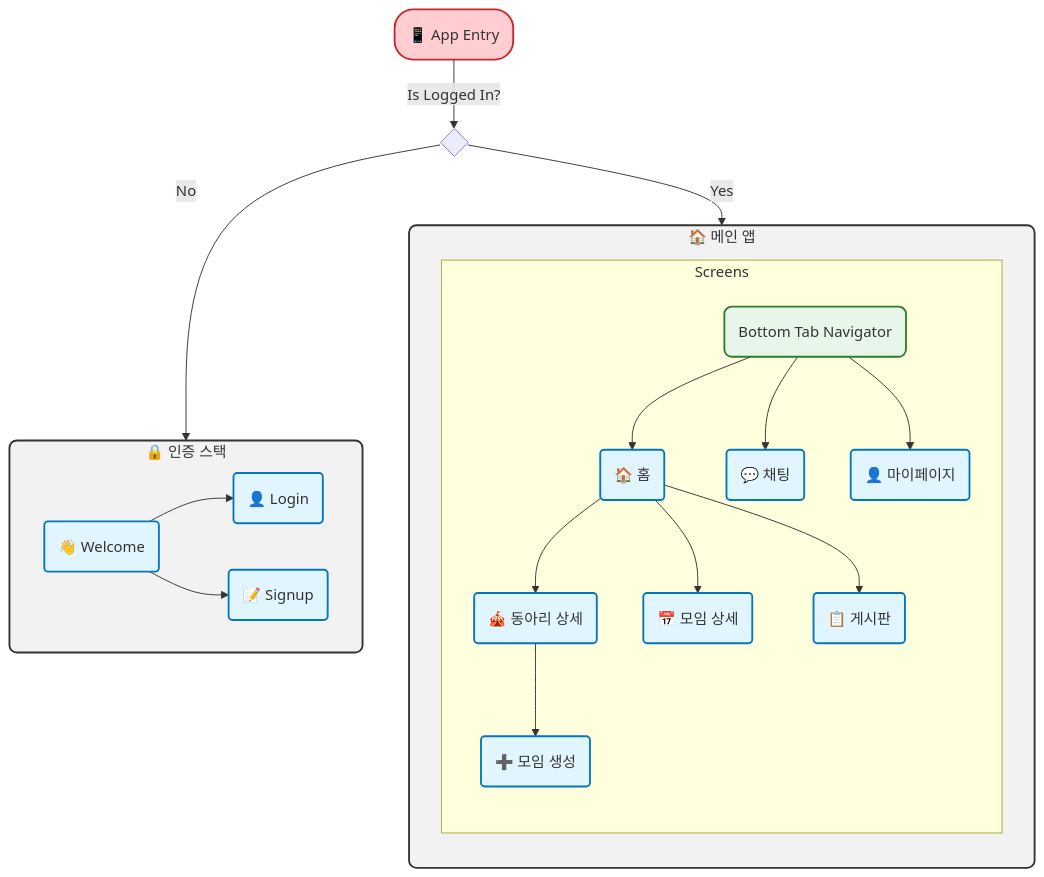
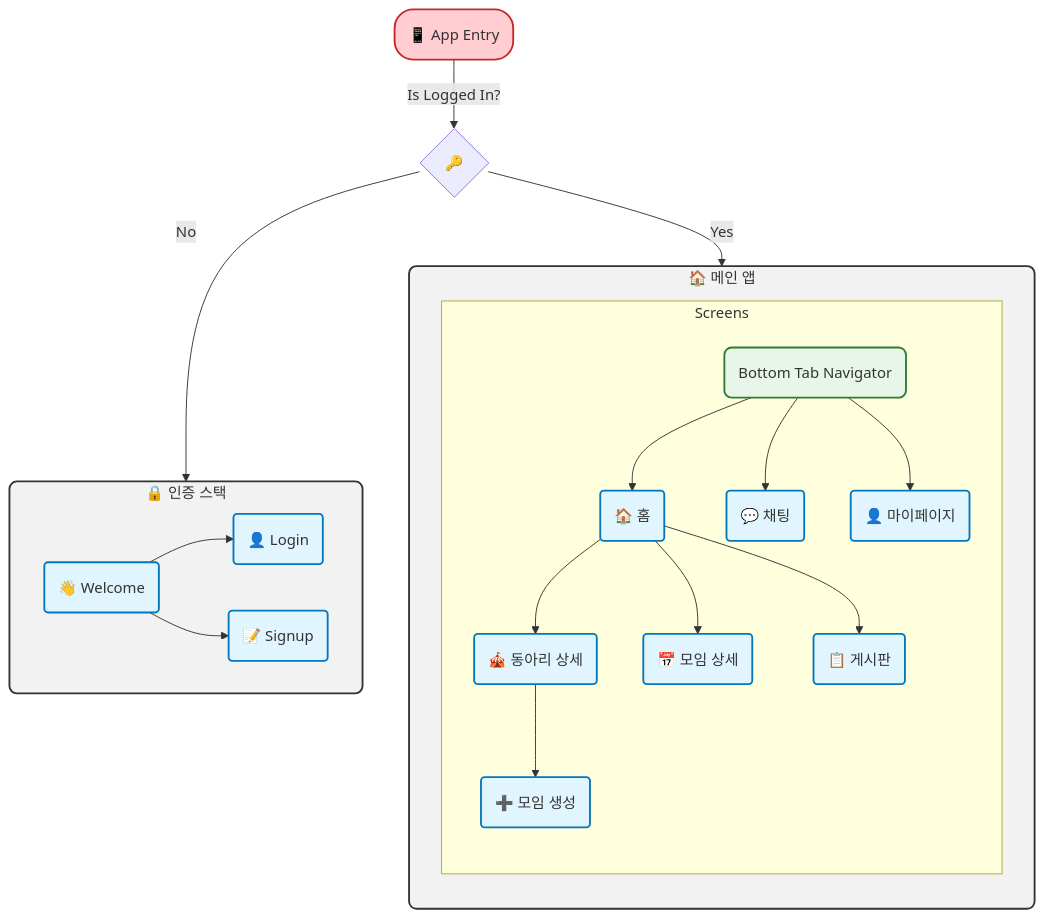
Before and after one commit to wjdgkr3386/neighbusapp: the diagram in README.md, drawn with Mermaid. The commit also changed other lines of this file, not shown here.

Commit message:
수정
수정

````diff
--- a/README.md
+++ b/README.md
@@ -149,45 +149,45 @@
 ```mermaid
 graph TD
     %% Define Styles
     classDef stack fill:#f2f2f2,stroke:#333,stroke-width:2px,rx:8,ry:8;
     classDef screen fill:#e1f5fe,stroke:#0277bd,stroke-width:2px,rx:4,ry:4;
     classDef entry fill:#ffcdd2,stroke:#c62828,stroke-width:2px,rx:20,ry:20;
     classDef tabs fill:#e8f5e9,stroke:#2e7d32,stroke-width:2px,rx:8,ry:8;
 
     %% Entry Point
-    Start(📱 App Entry) -->|Is Logged In?| IsLoggedIn{<fa:fa-sign-in-alt>};
+    Start("📱 App Entry") -->|Is Logged In?| IsLoggedIn{"🔑"};
     class Start entry;
 
     IsLoggedIn -- No --> AuthStack;
     IsLoggedIn -- Yes --> MainStack;
 
     %% Auth Flow
     subgraph AuthStack [🔒 인증 스택]
         direction LR
-        Welcome(👋 Welcome) --> Login(👤 Login);
-        Welcome --> Signup(📝 Signup);
+        Welcome("👋 Welcome") --> Login("👤 Login");
+        Welcome --> Signup("📝 Signup");
     end
 
     %% Main App Flow
     subgraph MainStack [🏠 메인 앱]
         direction TD
-        TabNav(Bottom Tab Navigator);
+        TabNav("Bottom Tab Navigator");
         
         subgraph Screens
             direction TB
-            TabNav --> Home(🏠 홈);
-            TabNav --> Chat(💬 채팅);
-            TabNav --> MyPage(👤 마이페이지);
+            TabNav --> Home("🏠 홈");
+            TabNav --> Chat("💬 채팅");
+            TabNav --> MyPage("👤 마이페이지");
 
-            Home --> ClubDetail(🎪 동아리 상세);
-            Home --> MeetingDetail(📅 모임 상세);
-            Home --> FreeBoard(📋 게시판);
-            ClubDetail --> CreateMeeting(➕ 모임 생성);
+            Home --> ClubDetail("🎪 동아리 상세");
+            Home --> MeetingDetail("📅 모임 상세");
+            Home --> FreeBoard("📋 게시판");
+            ClubDetail --> CreateMeeting("➕ 모임 생성");
         end
     end
 
     %% Apply styles
     class AuthStack,MainStack stack;
     class Welcome,Login,Signup,Home,Chat,MyPage,ClubDetail,MeetingDetail,FreeBoard,CreateMeeting screen;
     class TabNav tabs;
 ```
````
